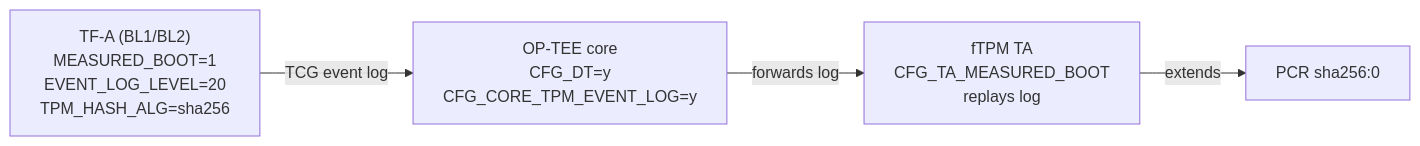
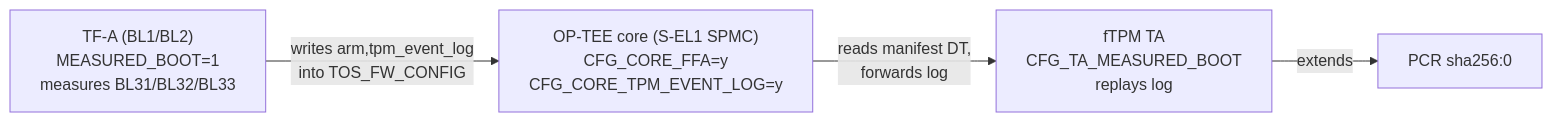
Before and after one commit to NatallieMirelashvili/ConfidentialComputing: the third of 10 diagrams in docs/DESIGN.md, drawn with Mermaid. The commit also changed other lines of this file and 5 other files, not shown here.

Commit message:
Real firmware-rooted measured boot works

````diff
--- a/docs/DESIGN.md
+++ b/docs/DESIGN.md
@@ -315,6 +317,6 @@
 ```mermaid
 flowchart LR
-    TFA["TF-A (BL1/BL2)<br/>MEASURED_BOOT=1<br/>EVENT_LOG_LEVEL=20<br/>TPM_HASH_ALG=sha256"] -->|"TCG event log"| CORE
-    CORE["OP-TEE core<br/>CFG_DT=y<br/>CFG_CORE_TPM_EVENT_LOG=y"] -->|"forwards log"| FT
+    TFA["TF-A (BL1/BL2)<br/>MEASURED_BOOT=1<br/>measures BL31/BL32/BL33"] -->|"writes arm,tpm_event_log<br/>into TOS_FW_CONFIG"| CORE
+    CORE["OP-TEE core (S-EL1 SPMC)<br/>CFG_CORE_FFA=y<br/>CFG_CORE_TPM_EVENT_LOG=y"] -->|"reads manifest DT,<br/>forwards log"| FT
     FT["fTPM TA<br/>CFG_TA_MEASURED_BOOT<br/>replays log"] -->|"extends"| PCR["PCR sha256:0"]
 ```
````
